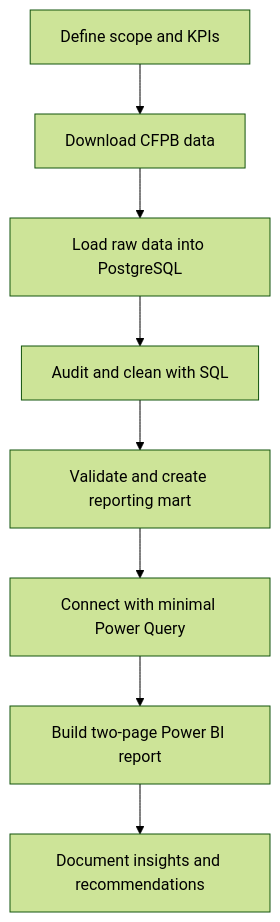
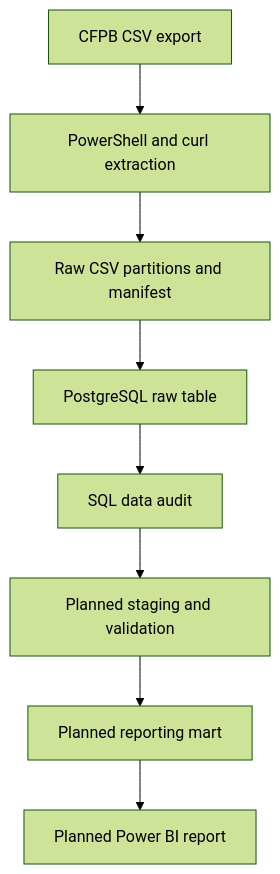
One commit to valentinarias-dtsc/financial-complaints-analytics changed the diagram in README.md. Above: the diagram before and after it, drawn with Mermaid (forest theme). The commit also changed other lines of this file, not shown here.

````diff
--- a/README.md
+++ b/README.md
@@ -47,10 +60,10 @@
 ```mermaid
 flowchart TD
-    A[Define scope and KPIs] --> B[Download CFPB data]
-    B --> C[Load raw data into PostgreSQL]
-    C --> D[Audit and clean with SQL]
-    D --> E[Validate and create reporting mart]
-    E --> F[Connect with minimal Power Query]
-    F --> G[Build two-page Power BI report]
-    G --> H[Document insights and recommendations]
+    A[CFPB CSV export] --> B[PowerShell and curl extraction]
+    B --> C[Raw CSV partitions and manifest]
+    C --> D[PostgreSQL raw table]
+    D --> E[SQL data audit]
+    E --> F[Planned staging and validation]
+    F --> G[Planned reporting mart]
+    G --> H[Planned Power BI report]
 ```
````
